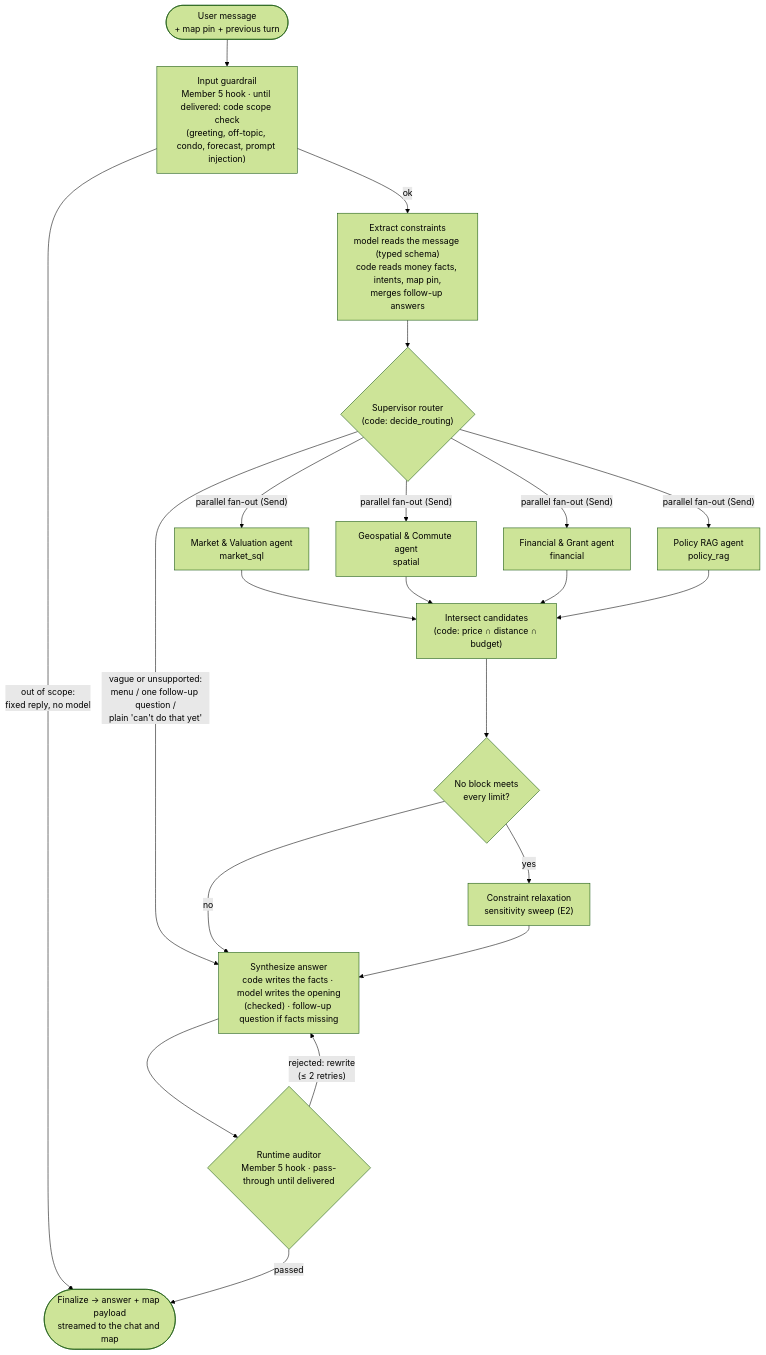
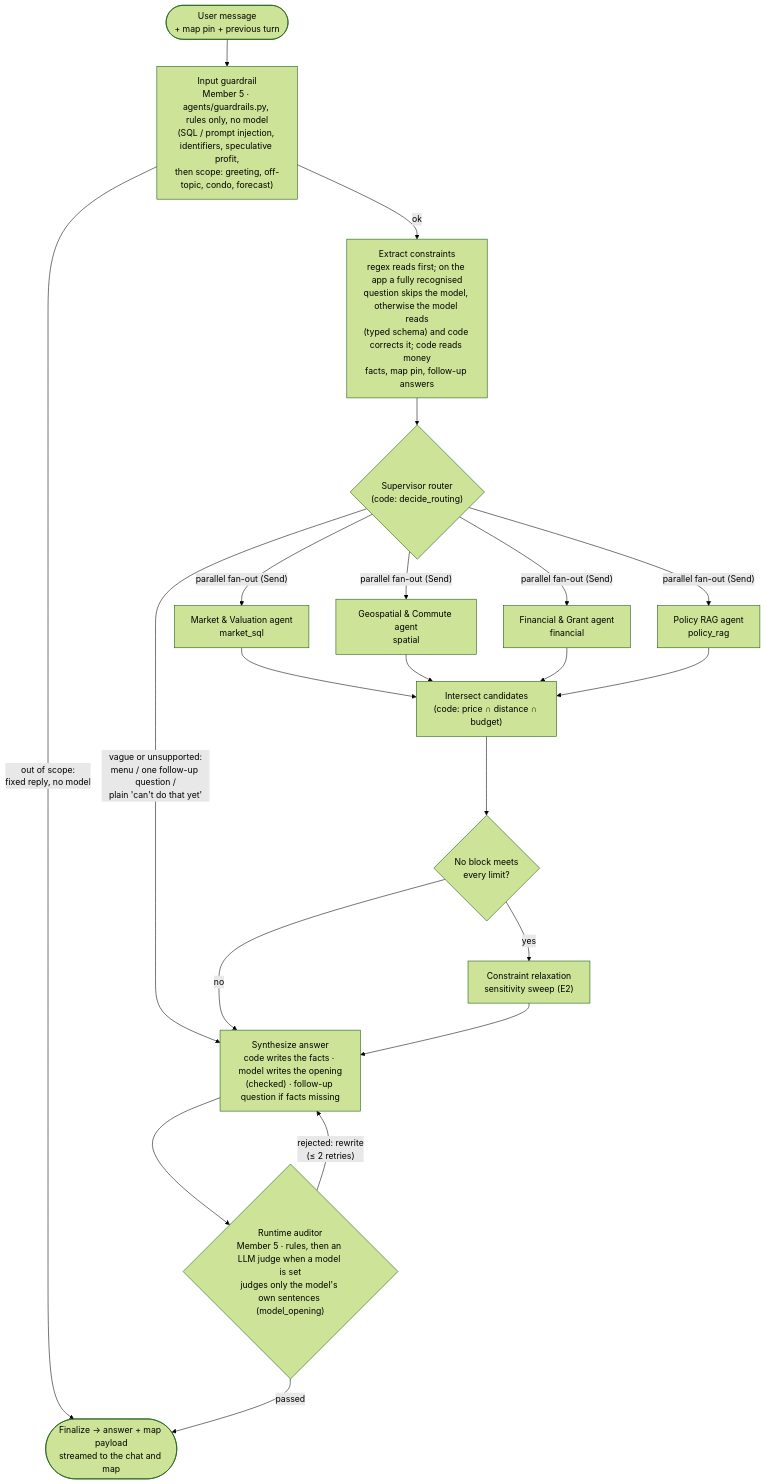
Before and after one commit to fcyap/HDB-Compass: the third of 4 diagrams in README.md, drawn with Mermaid (forest theme). The commit also changed other lines of this file and 12 other files, not shown here.

Commit message:
feat(member-1): Category D financial benchmark (15 questions, 90 total), financial scorer, README message-flow and repo tree

````diff
--- a/README.md
+++ b/README.md
@@ -72,37 +146,37 @@
 ```mermaid
 flowchart TD
     Start(["User message<br/>+ map pin + previous turn"]) --> Guard
 
-    Guard["Input guardrail<br/>Member 5 hook · until delivered: code scope check<br/>(greeting, off-topic, condo, forecast, prompt injection)"]
+    Guard["Input guardrail<br/>Member 5 · agents/guardrails.py, rules only, no model<br/>(SQL / prompt injection, identifiers, speculative profit,<br/>then scope: greeting, off-topic, condo, forecast)"]
     Guard -->|"out of scope:<br/>fixed reply, no model"| Final
     Guard -->|"ok"| Extract
 
-    Extract["Extract constraints<br/>model reads the message (typed schema)<br/>code reads money facts, intents, map pin,<br/>merges follow-up answers"]
+    Extract["Extract constraints<br/>regex reads first; on the app a fully recognised<br/>question skips the model, otherwise the model reads<br/>(typed schema) and code corrects it; code reads money<br/>facts, map pin, follow-up answers"]
     Extract --> Route
 
     Route{"Supervisor router<br/>(code: decide_routing)"}
     Route -->|"vague or unsupported:<br/>menu / one follow-up question /<br/>plain 'can't do that yet'"| Synth
     Route -->|"parallel fan-out (Send)"| M & S & F & P
 
     M["Market & Valuation agent<br/>market_sql"]
     S["Geospatial & Commute agent<br/>spatial"]
     F["Financial & Grant agent<br/>financial"]
     P["Policy RAG agent<br/>policy_rag"]
 
     M & S & F & P --> Join
 
     Join["Intersect candidates<br/>(code: price ∩ distance ∩ budget)"]
     Join --> Relax{"No block meets<br/>every limit?"}
     Relax -->|"yes"| Sweep["Constraint relaxation<br/>sensitivity sweep (E2)"]
     Relax -->|"no"| Synth
     Sweep --> Synth
 
     Synth["Synthesize answer<br/>code writes the facts · model writes the opening<br/>(checked) · follow-up question if facts missing"]
     Synth --> Audit
 
-    Audit{"Runtime auditor<br/>Member 5 hook · pass-through until delivered"}
+    Audit{"Runtime auditor<br/>Member 5 · rules, then an LLM judge when a model is set<br/>judges only the model's own sentences (model_opening)"}
     Audit -->|"rejected: rewrite<br/>(≤ 2 retries)"| Synth
     Audit -->|"passed"| Final
 
     Final(["Finalize → answer + map payload<br/>streamed to the chat and map"])
 ```
````
